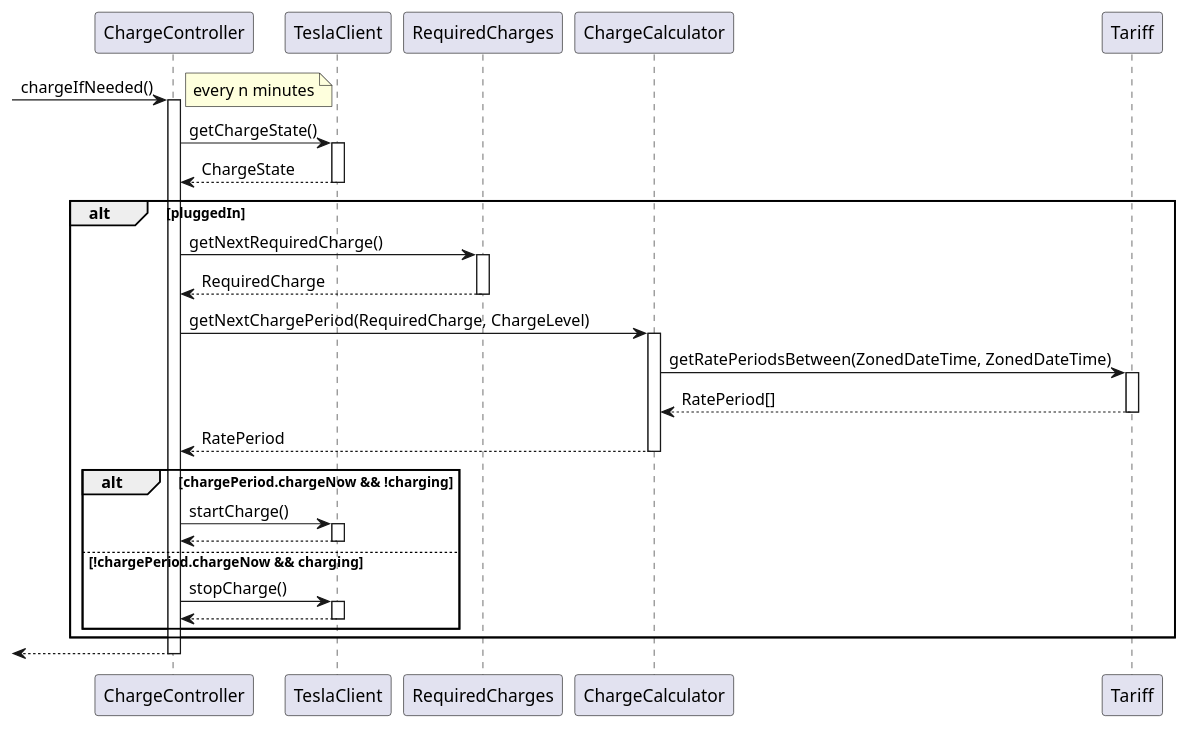
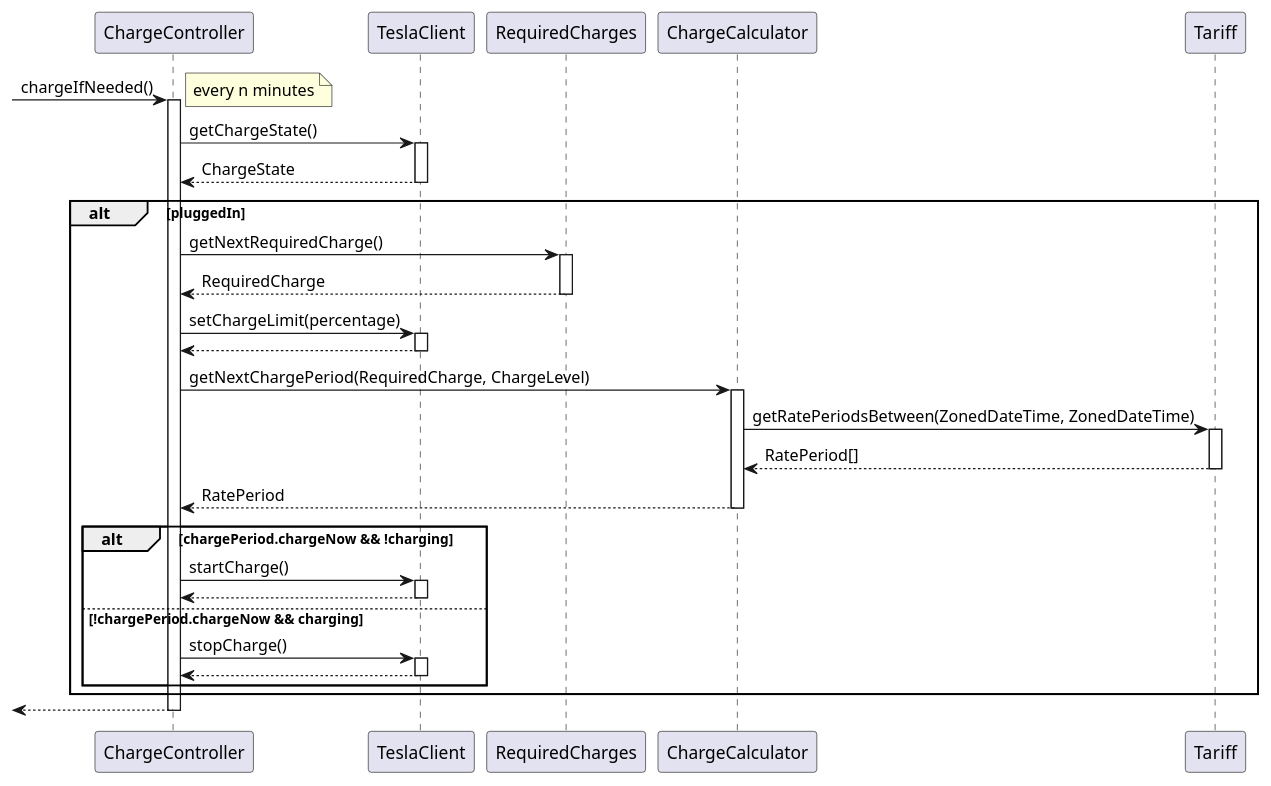
Before and after one commit to Cyanelix/clever-charger: the diagram in design/sequence-diagrams/charging-sequence.puml, drawn with PlantUML. The commit also changed 4 other files, not shown here.

Commit message:
Set charge limit before starting charging

```diff
--- a/design/sequence-diagrams/charging-sequence.puml
+++ b/design/sequence-diagrams/charging-sequence.puml
@@ -1,43 +1,48 @@
 @startuml
 [-> ChargeController: chargeIfNeeded()
 activate ChargeController
 note right: every n minutes
 
 ChargeController -> TeslaClient: getChargeState()
 activate TeslaClient
 ChargeController <-- TeslaClient: ChargeState
 deactivate TeslaClient
 
 alt pluggedIn
     ChargeController -> RequiredCharges: getNextRequiredCharge()
     activate RequiredCharges
     ChargeController <-- RequiredCharges: RequiredCharge
     deactivate RequiredCharges
+
+    ChargeController -> TeslaClient: setChargeLimit(percentage)
+    activate TeslaClient
+    ChargeController <-- TeslaClient
+    deactivate TeslaClient
 
     ChargeController -> ChargeCalculator: getNextChargePeriod(RequiredCharge, ChargeLevel)
     activate ChargeCalculator
 
     ChargeCalculator -> Tariff: getRatePeriodsBetween(ZonedDateTime, ZonedDateTime)
     activate Tariff
     ChargeCalculator <-- Tariff: RatePeriod[]
     deactivate Tariff
 
     ChargeController <-- ChargeCalculator: RatePeriod
     deactivate ChargeCalculator
 
     alt chargePeriod.chargeNow && !charging
         ChargeController -> TeslaClient: startCharge()
         activate TeslaClient
         ChargeController <-- TeslaClient
         deactivate TeslaClient
     else !chargePeriod.chargeNow && charging
         ChargeController -> TeslaClient: stopCharge()
         activate TeslaClient
         ChargeController <-- TeslaClient
         deactivate TeslaClient
     end
 end
 
 [<-- ChargeController
 deactivate ChargeController
 @enduml
```
